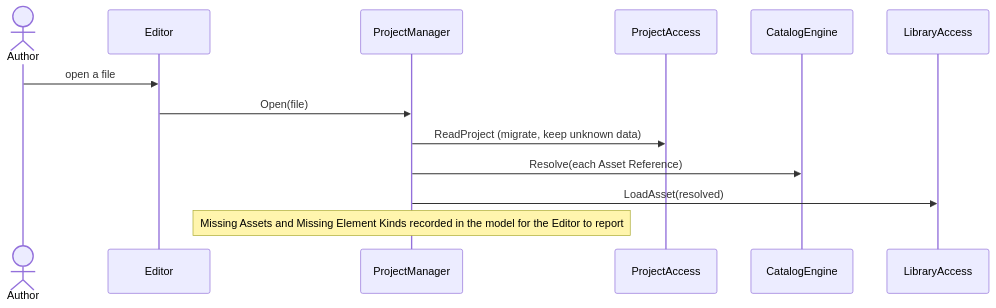
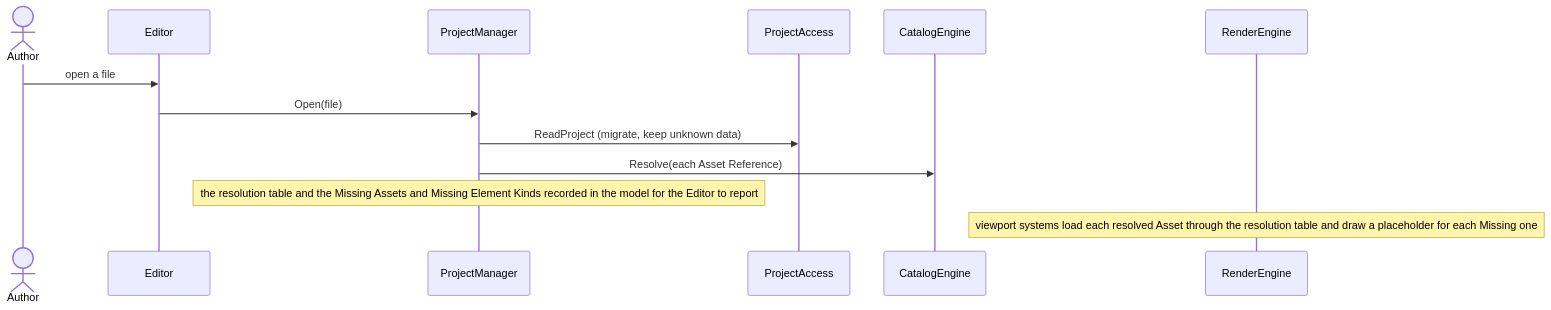
One commit to dungeon-rs/dungeon-rs changed the third of 4 diagrams in docs/architecture/ARCHITECTURE.md. Above: the diagram before and after it, drawn with Mermaid.

Commit message:
docs: load opened Assets through the resolution table
The Open a Project chain still had the project Manager load each
resolved Asset through LibraryAccess. The Manager only resolves: it
records the resolution table in the model, and the render Engine's
viewport systems load through it and draw placeholders for what is
Missing, as the code has done since resolution landed.

````diff
--- a/docs/architecture/ARCHITECTURE.md
+++ b/docs/architecture/ARCHITECTURE.md
@@ -224,10 +224,10 @@
 ```mermaid
 sequenceDiagram
   actor Author
   Author->>Editor: open a file
   Editor->>ProjectManager: Open(file)
   ProjectManager->>ProjectAccess: ReadProject (migrate, keep unknown data)
   ProjectManager->>CatalogEngine: Resolve(each Asset Reference)
-  ProjectManager->>LibraryAccess: LoadAsset(resolved)
-  Note over ProjectManager: Missing Assets and Missing Element Kinds recorded in the model for the Editor to report
+  Note over ProjectManager: the resolution table and the Missing Assets and Missing Element Kinds recorded in the model for the Editor to report
+  Note over RenderEngine: viewport systems load each resolved Asset through the resolution table and draw a placeholder for each Missing one
 ```
````
